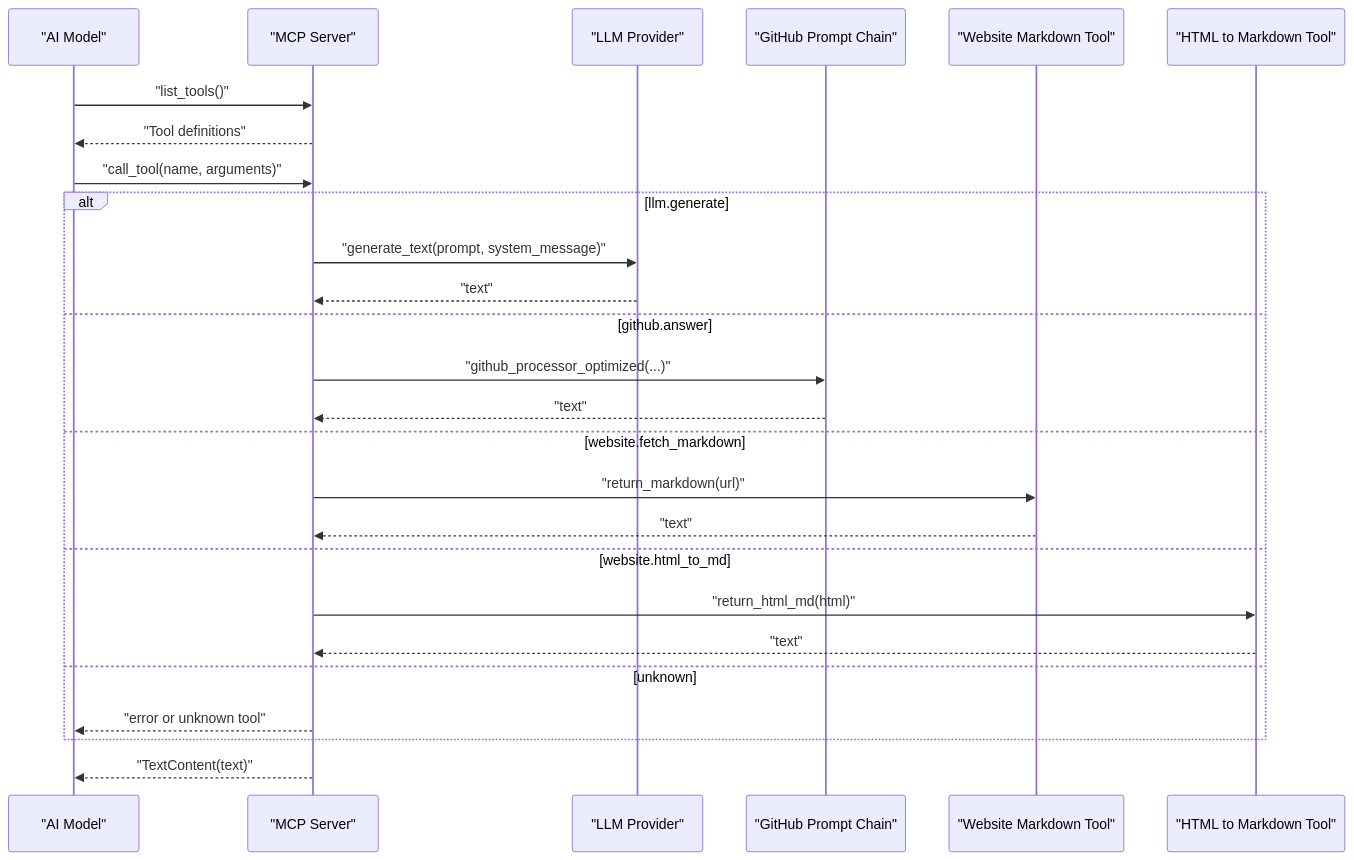
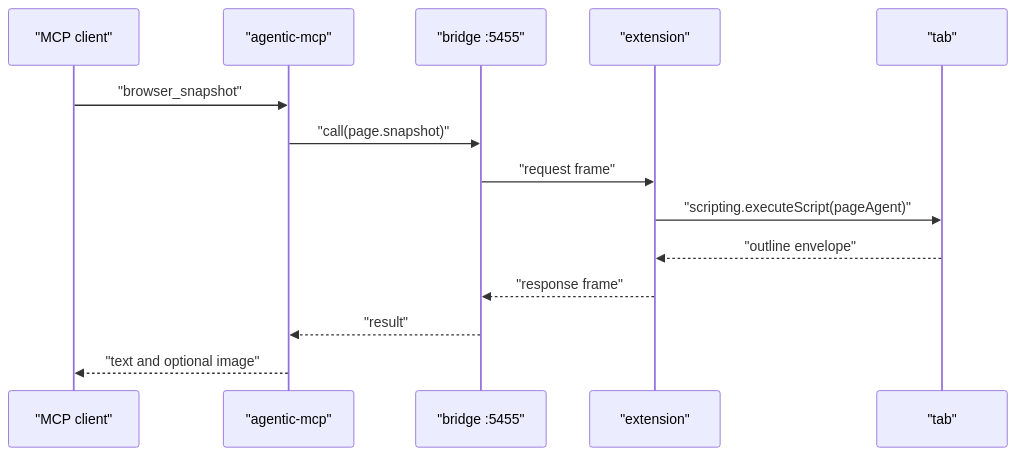
Before and after one commit to tashifkhan/tashif.codes: the second of 6 diagrams in src/data/docs/agentic-browser/MCP Server.md, drawn with Mermaid. The commit also changed other lines of this file and 114 other files, not shown here.

Commit message:
docs(agentic-browser): update docs in place and expand coverage

````diff
--- a/src/data/docs/agentic-browser/MCP Server.md
+++ b/src/data/docs/agentic-browser/MCP Server.md
@@ -54,28 +69,16 @@
 ```mermaid
 sequenceDiagram
-participant AI as "AI Model"
-participant MCP as "MCP Server"
-participant LLM as "LLM Provider"
-participant GH as "GitHub Prompt Chain"
-participant WM as "Website Markdown Tool"
-participant HM as "HTML to Markdown Tool"
-AI->>MCP : "list_tools()"
-MCP-->>AI : "Tool definitions"
-AI->>MCP : "call_tool(name, arguments)"
-alt llm.generate
-MCP->>LLM : "generate_text(prompt, system_message)"
-LLM-->>MCP : "text"
-else github.answer
-MCP->>GH : "github_processor_optimized(...)"
-GH-->>MCP : "text"
-else website.fetch_markdown
-MCP->>WM : "return_markdown(url)"
-WM-->>MCP : "text"
-else website.html_to_md
-MCP->>HM : "return_html_md(html)"
-HM-->>MCP : "text"
-else unknown
-MCP-->>AI : "error or unknown tool"
-end
-MCP-->>AI : "TextContent(text)"
+  participant Client as "MCP client"
+  participant Server as "agentic-mcp"
+  participant Bridge as "bridge :5455"
+  participant Ext as "extension"
+  participant Tab as "tab"
+  Client->>Server : "browser_snapshot"
+  Server->>Bridge : "call(page.snapshot)"
+  Bridge->>Ext : "request frame"
+  Ext->>Tab : "scripting.executeScript(pageAgent)"
+  Tab-->>Ext : "outline envelope"
+  Ext-->>Bridge : "response frame"
+  Bridge-->>Server : "result"
+  Server-->>Client : "text and optional image"
 ```
````
